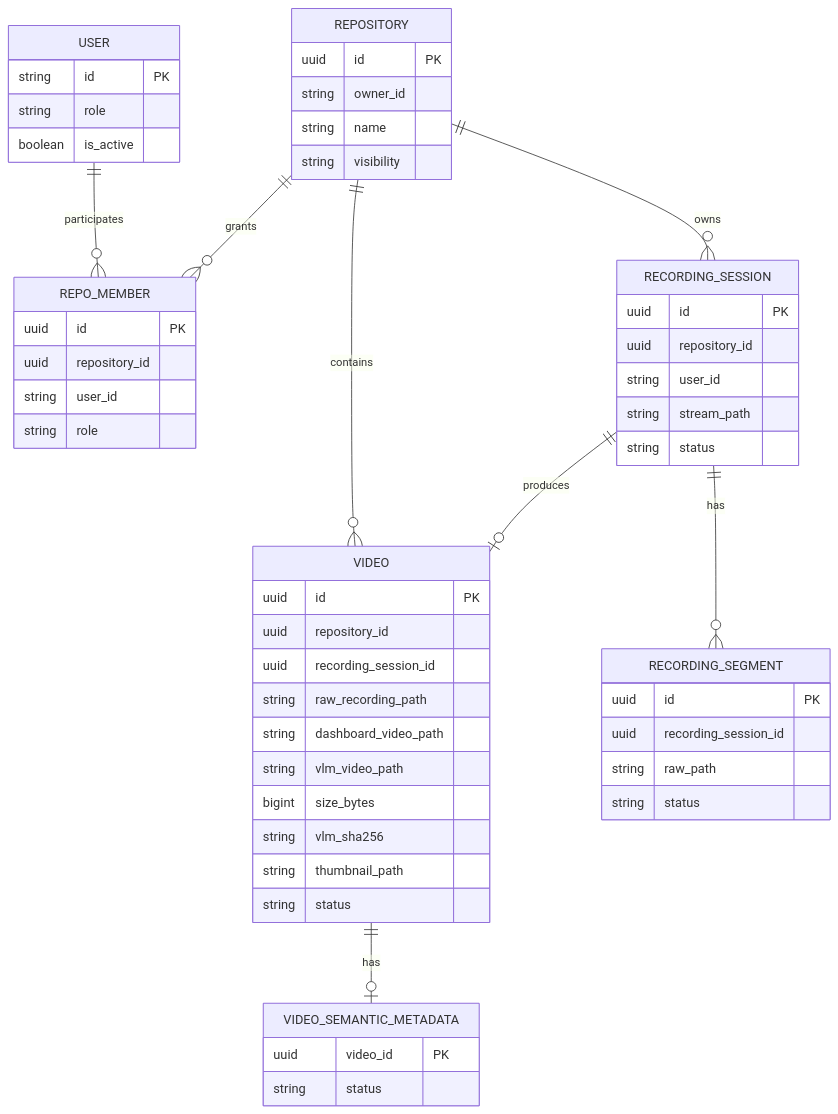
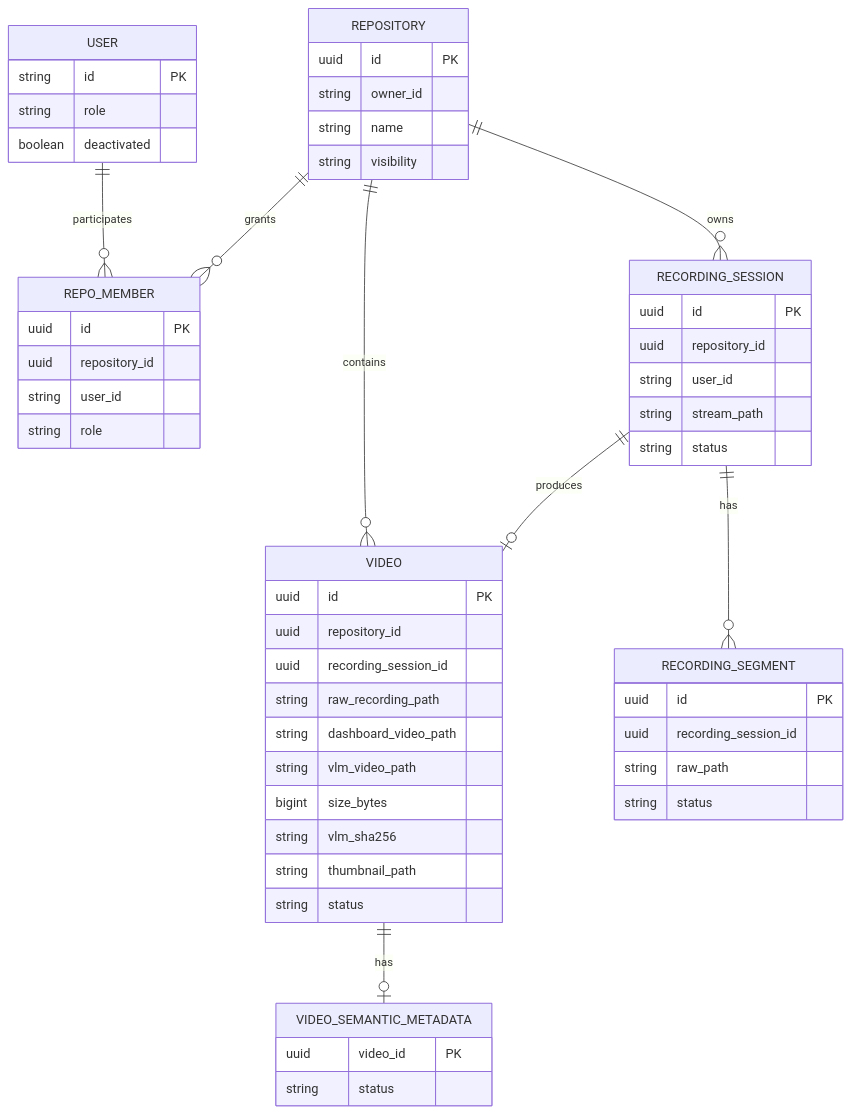
One commit to ego-flow/ego-flow-server changed the second of 2 diagrams in docs/04. project_architecture.md. Above: the diagram before and after it, drawn with Mermaid. The commit also changed 20 other files, not shown here.

````diff
--- a/docs/04. project_architecture.md
+++ b/docs/04. project_architecture.md
@@ -70,63 +70,63 @@
 ```mermaid
 erDiagram
     USER ||--o{ REPO_MEMBER : participates
     REPOSITORY ||--o{ REPO_MEMBER : grants
     REPOSITORY ||--o{ RECORDING_SESSION : owns
     REPOSITORY ||--o{ VIDEO : contains
     RECORDING_SESSION ||--o{ RECORDING_SEGMENT : has
     RECORDING_SESSION ||--o| VIDEO : produces
     VIDEO ||--o| VIDEO_SEMANTIC_METADATA : has
 
     USER {
         string id PK
         string role
-        boolean is_active
+        boolean deactivated
     }
 
     REPOSITORY {
         uuid id PK
         string owner_id
         string name
         string visibility
     }
 
     REPO_MEMBER {
         uuid id PK
         uuid repository_id
         string user_id
         string role
     }
 
     RECORDING_SESSION {
         uuid id PK
         uuid repository_id
         string user_id
         string stream_path
         string status
     }
 
     RECORDING_SEGMENT {
         uuid id PK
         uuid recording_session_id
         string raw_path
         string status
     }
 
     VIDEO {
         uuid id PK
         uuid repository_id
         uuid recording_session_id
         string raw_recording_path
         string dashboard_video_path
         string vlm_video_path
         bigint size_bytes
         string vlm_sha256
         string thumbnail_path
         string status
     }
 
     VIDEO_SEMANTIC_METADATA {
         uuid video_id PK
         string status
     }
 ```
````
